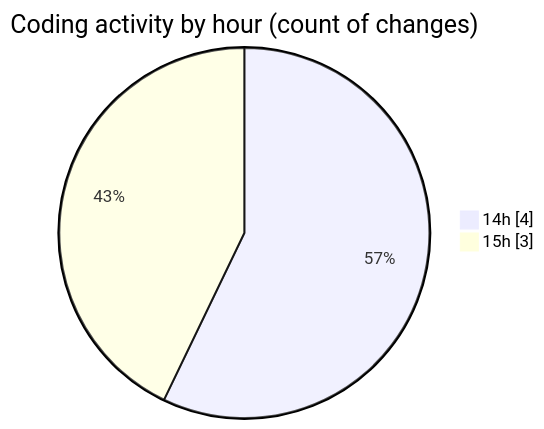
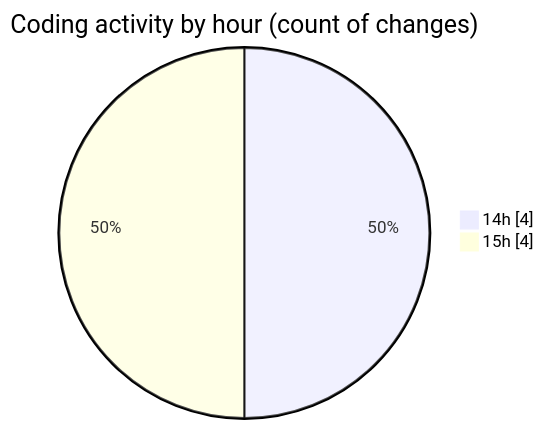
Before and after one commit to robertbonfada/code-tracking: the second of 2 diagrams in 2025-03-11/audiobooks-web/README.md, drawn with Mermaid. The commit also changed other lines of this file and 1 other file, not shown here.

````diff
--- a/2025-03-11/audiobooks-web/README.md
+++ b/2025-03-11/audiobooks-web/README.md
@@ -31,6 +32,6 @@
 ```mermaid
 pie showData
 title Coding activity by hour (count of changes)
 "14h" : 4
-"15h" : 3
+"15h" : 4
 ```
````
